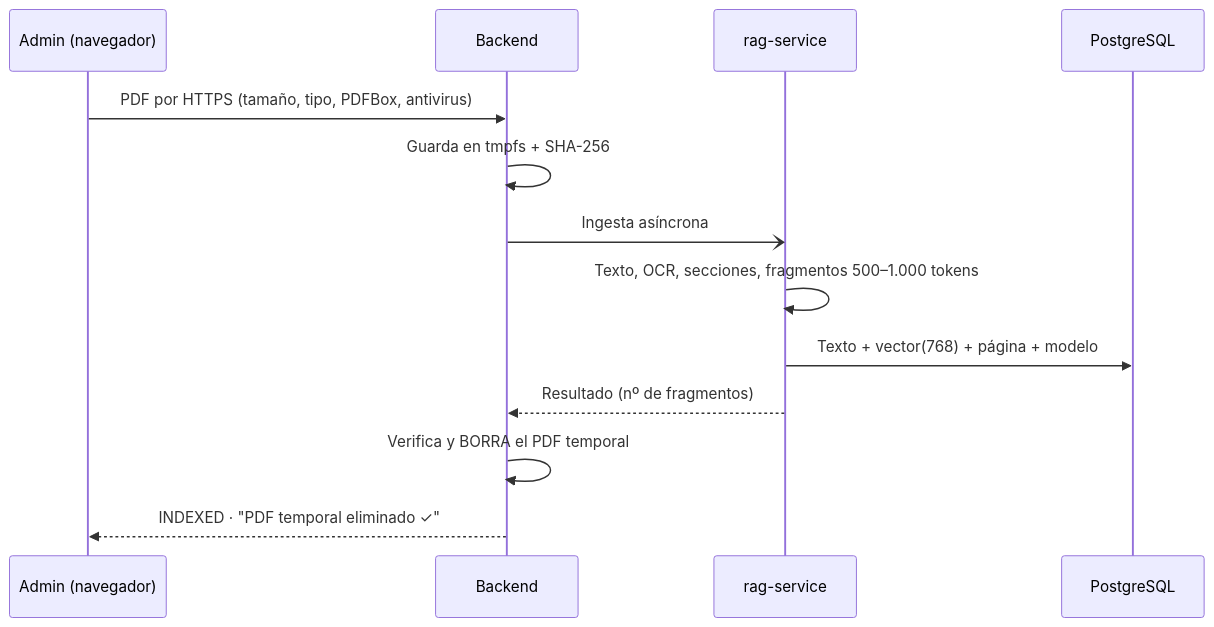
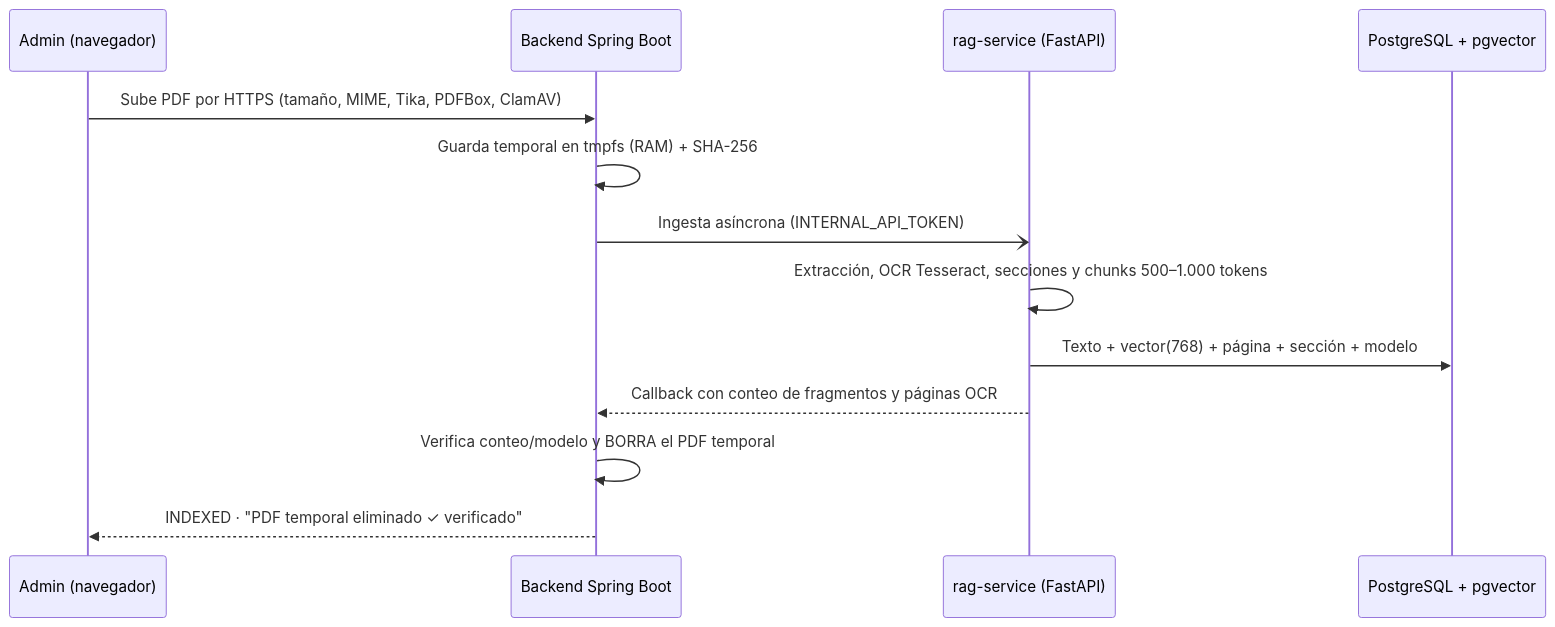
One commit to castillokfirex/KeyStreet changed the second of 2 diagrams in README.md. Above: the diagram before and after it, drawn with Mermaid. The commit also changed other lines of this file, not shown here.

Commit message:
docs(readme): renovar README visual con badges, galeria y guia rapida

````diff
--- a/README.md
+++ b/README.md
@@ -67,15 +92,15 @@
 ```mermaid
 sequenceDiagram
   participant A as Admin (navegador)
-  participant B as Backend
-  participant R as rag-service
-  participant DB as PostgreSQL
-  A->>B: PDF por HTTPS (tamaño, tipo, PDFBox, antivirus)
-  B->>B: Guarda en tmpfs + SHA-256
-  B-)R: Ingesta asíncrona
-  R->>R: Texto, OCR, secciones, fragmentos 500–1.000 tokens
-  R->>DB: Texto + vector(768) + página + modelo
-  R-->>B: Resultado (nº de fragmentos)
-  B->>B: Verifica y BORRA el PDF temporal
-  B-->>A: INDEXED · "PDF temporal eliminado ✓"
+  participant B as Backend Spring Boot
+  participant R as rag-service (FastAPI)
+  participant DB as PostgreSQL + pgvector
+  A->>B: Sube PDF por HTTPS (tamaño, MIME, Tika, PDFBox, ClamAV)
+  B->>B: Guarda temporal en tmpfs (RAM) + SHA-256
+  B-)R: Ingesta asíncrona (INTERNAL_API_TOKEN)
+  R->>R: Extracción, OCR Tesseract, secciones y chunks 500–1.000 tokens
+  R->>DB: Texto + vector(768) + página + sección + modelo
+  R-->>B: Callback con conteo de fragmentos y páginas OCR
+  B->>B: Verifica conteo/modelo y BORRA el PDF temporal
+  B-->>A: INDEXED · "PDF temporal eliminado ✓ verificado"
 ```
````
